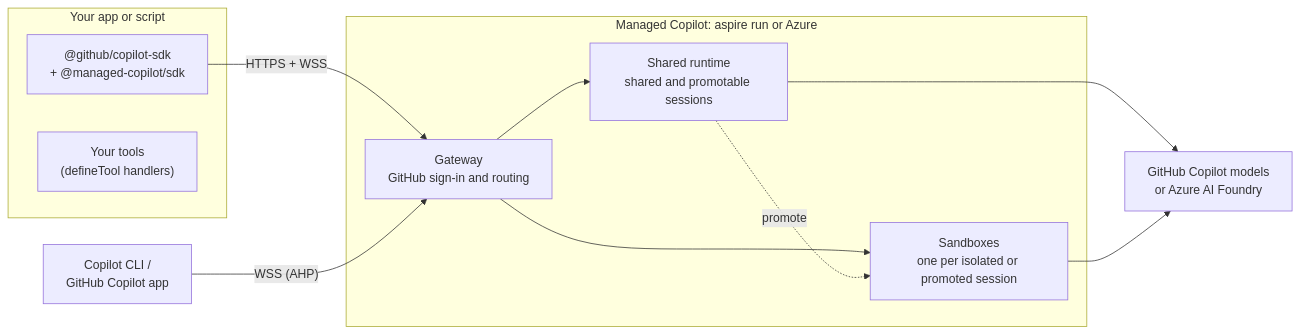
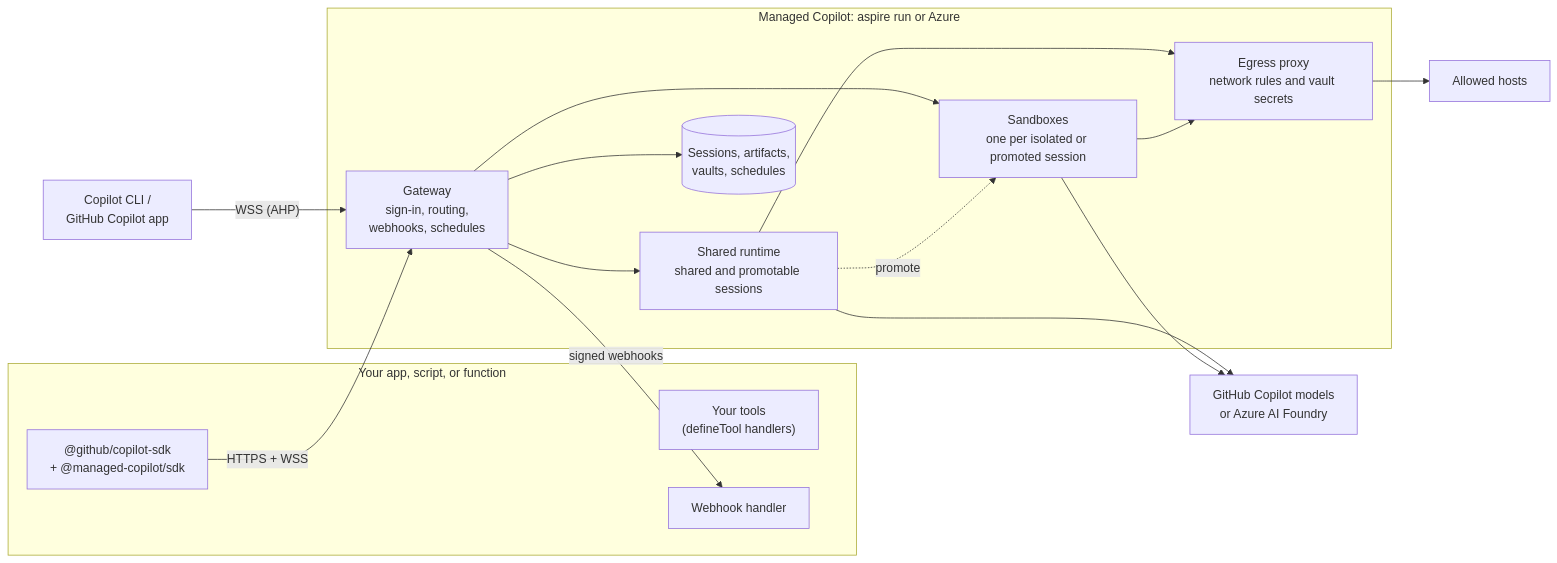
The diagram in docs/spec/developer-experience.md (patniko/managed-copilot-sdk), drawn with Mermaid before and after one commit. The commit also changed other lines of this file, not shown here.

````diff
--- a/docs/spec/developer-experience.md
+++ b/docs/spec/developer-experience.md
@@ -335,21 +606,30 @@
 ```mermaid
 flowchart LR
-  subgraph App["Your app or script"]
+  subgraph App["Your app, script, or function"]
     SDK["@github/copilot-sdk<br/>+ @managed-copilot/sdk"]
     Tools["Your tools<br/>(defineTool handlers)"]
+    Hook["Webhook handler"]
   end
   CLI["Copilot CLI /<br/>GitHub Copilot app"]
   subgraph Platform["Managed Copilot: aspire run or Azure"]
-    GW["Gateway<br/>GitHub sign-in and routing"]
+    GW["Gateway<br/>sign-in, routing,<br/>webhooks, schedules"]
     Shared["Shared runtime<br/>shared and promotable sessions"]
     Sbx["Sandboxes<br/>one per isolated or promoted session"]
+    Egress["Egress proxy<br/>network rules and vault secrets"]
+    Store[("Sessions, artifacts,<br/>vaults, schedules")]
   end
   Models["GitHub Copilot models<br/>or Azure AI Foundry"]
+  Web["Allowed hosts"]
   SDK -- "HTTPS + WSS" --> GW
   CLI -- "WSS (AHP)" --> GW
+  GW -- "signed webhooks" --> Hook
   GW --> Shared
   GW --> Sbx
+  GW --> Store
   Shared -. "promote" .-> Sbx
+  Shared --> Egress
+  Sbx --> Egress
+  Egress --> Web
   Shared --> Models
   Sbx --> Models
 ```
````
